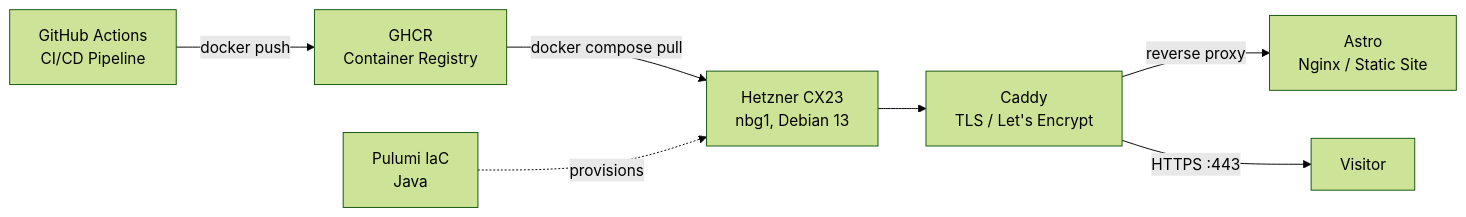
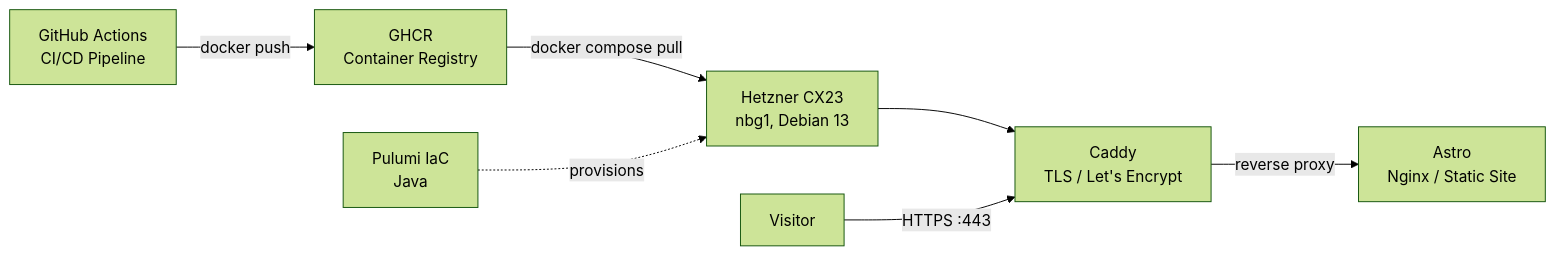
Before and after one commit to trettstadt/trettstadt-website: the diagram in README.md, drawn with Mermaid (forest theme).

Commit message:
fix: reverse visitor arrow direction in diagram

````diff
--- a/README.md
+++ b/README.md
@@ -7,9 +7,9 @@
 ```mermaid
 flowchart LR
     gh[GitHub Actions\nCI/CD Pipeline] -->|docker push| ghcr[GHCR\nContainer Registry]
     ghcr -->|docker compose pull| hetzner[Hetzner CX23\nnbg1, Debian 13]
     pulumi[Pulumi IaC\nJava] -.->|provisions| hetzner
     hetzner --> caddy[Caddy\nTLS / Let's Encrypt]
     caddy -->|reverse proxy| astro[Astro\nNginx / Static Site]
-    caddy -->|HTTPS :443| user[Visitor]
+    user[Visitor] -->|HTTPS :443| caddy
 ```
````
